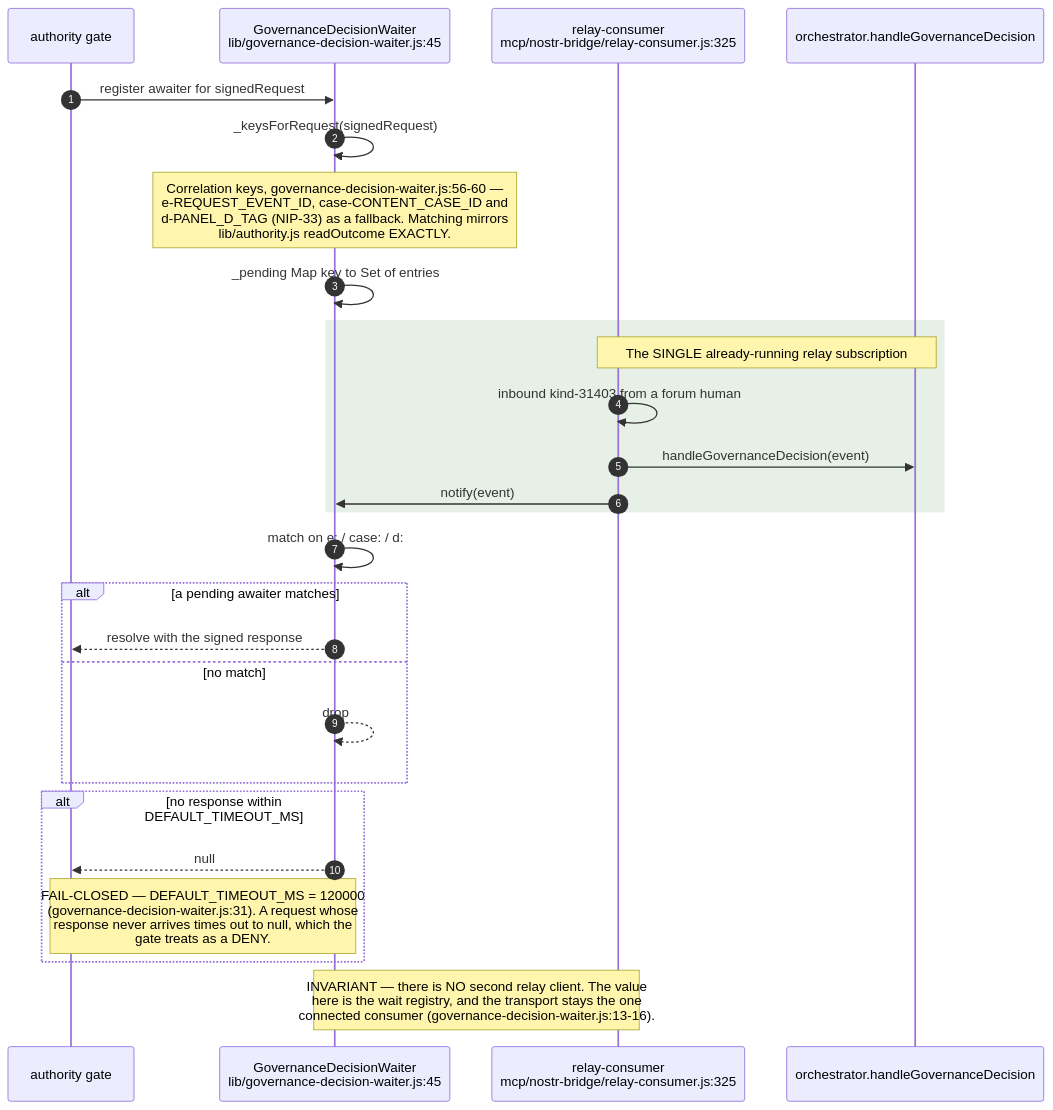
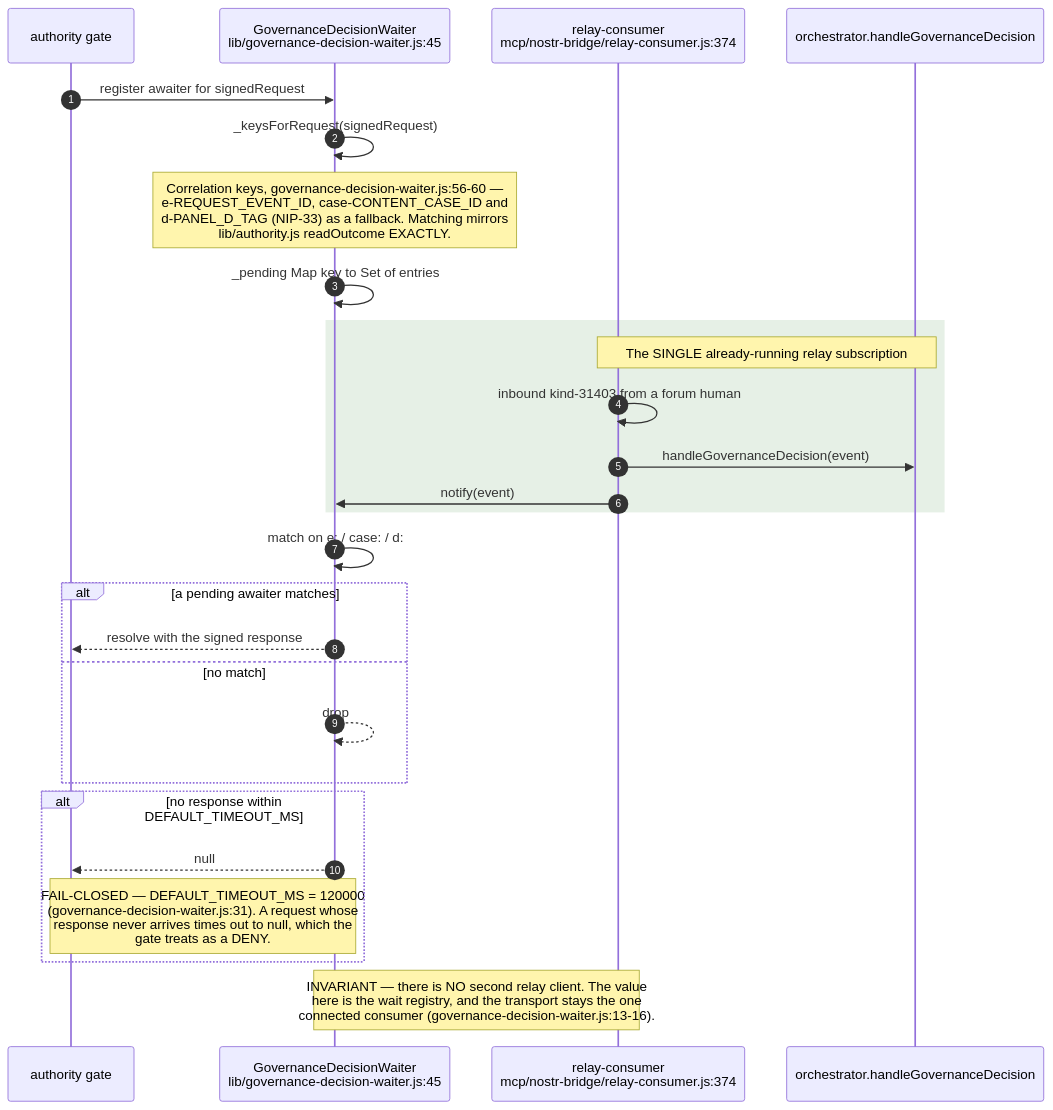
Before and after one commit to DreamLab-AI/AR-AI-Knowledge-Graph: the fourth of 10 diagrams in docs/diagrams/estate/05-governance-loop-across-estate.md, drawn with Mermaid. The commit also changed other lines of this file and 73 other files, not shown here.

First line of the commit message:
docs(diagrams): re-verify all 71 topic files against HEAD; add --cite-check

````diff
--- a/docs/diagrams/estate/05-governance-loop-across-estate.md
+++ b/docs/diagrams/estate/05-governance-loop-across-estate.md
@@ -159,30 +159,30 @@
 ```mermaid
 sequenceDiagram
     autonumber
     participant G as authority gate
     participant W as GovernanceDecisionWaiter<br/>lib/governance-decision-waiter.js:45
-    participant RC as relay-consumer<br/>mcp/nostr-bridge/relay-consumer.js:325
+    participant RC as relay-consumer<br/>mcp/nostr-bridge/relay-consumer.js:374
     participant O as orchestrator.handleGovernanceDecision
 
     G->>W: register awaiter for signedRequest
     W->>W: _keysForRequest(signedRequest)
     Note over W: Correlation keys, governance-decision-waiter.js:56-60 —<br/>e-REQUEST_EVENT_ID, case-CONTENT_CASE_ID and<br/>d-PANEL_D_TAG (NIP-33) as a fallback. Matching mirrors<br/>lib/authority.js readOutcome EXACTLY.
     W->>W: _pending Map key to Set of entries
     rect rgb(230,240,230)
     Note over RC,O: The SINGLE already-running relay subscription
     RC->>RC: inbound kind-31403 from a forum human
     RC->>O: handleGovernanceDecision(event)
     RC->>W: notify(event)
     end
     W->>W: match on e: / case: / d:
     alt a pending awaiter matches
         W-->>G: resolve with the signed response
     else no match
         W-->>W: drop
     end
     alt no response within DEFAULT_TIMEOUT_MS
         W-->>G: null
         Note over W,G: FAIL-CLOSED — DEFAULT_TIMEOUT_MS = 120000<br/>(governance-decision-waiter.js:31). A request whose<br/>response never arrives times out to null, which the<br/>gate treats as a DENY.
     end
     Note over W,RC: INVARIANT — there is NO second relay client. The value<br/>here is the wait registry, and the transport stays the one<br/>connected consumer (governance-decision-waiter.js:13-16).
 ```
````
